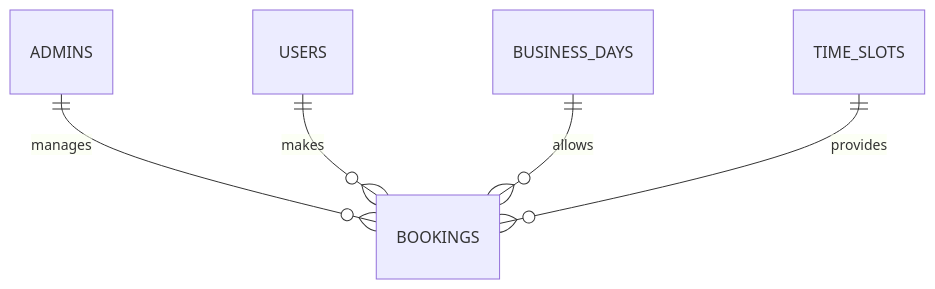
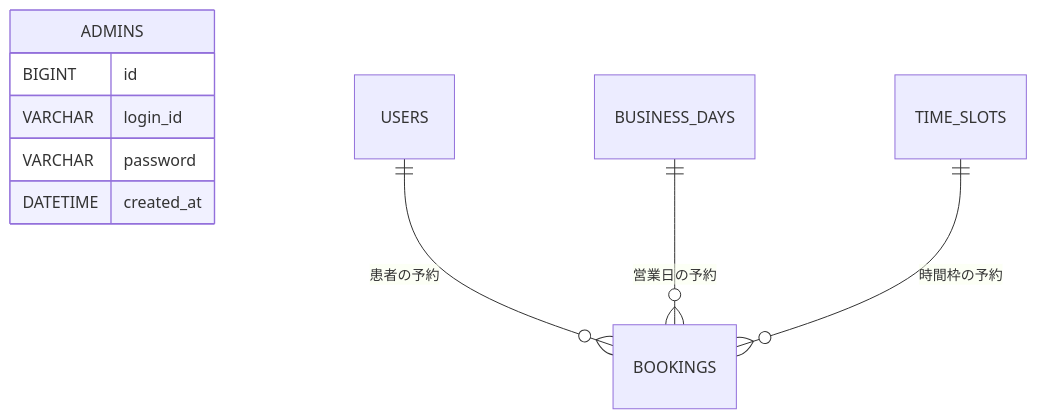
One commit to yshtis/ClinicAppointmentSystem changed the diagram in README.md. Above: the diagram before and after it, drawn with Mermaid. The commit also changed other lines of this file, not shown here.

````diff
--- a/README.md
+++ b/README.md
@@ -88,8 +88,12 @@
 ```mermaid
 erDiagram
-    ADMINS ||--o{ BOOKINGS : manages
-    USERS ||--o{ BOOKINGS : makes
-    BUSINESS_DAYS ||--o{ BOOKINGS : allows
-    TIME_SLOTS ||--o{ BOOKINGS : provides
-
+    ADMINS {
+        BIGINT id
+        VARCHAR login_id
+        VARCHAR password
+        DATETIME created_at
+    }
+    USERS ||--o{ BOOKINGS : "患者の予約"
+    BUSINESS_DAYS ||--o{ BOOKINGS : "営業日の予約"
+    TIME_SLOTS ||--o{ BOOKINGS : "時間枠の予約"
 ```
````
